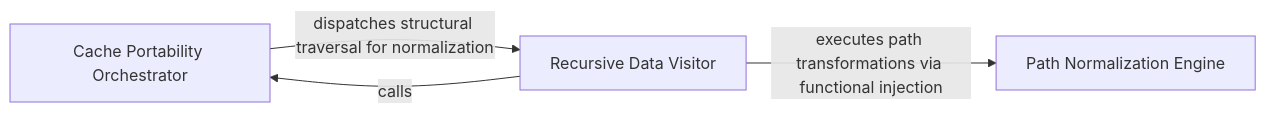
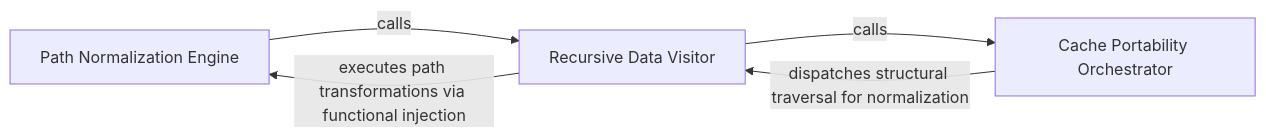
One commit to CodeBoarding/CodeBoarding changed the diagram in .codeboarding/Path_Normalization_Data_Visitor.md. Above: the diagram before and after it, drawn with Mermaid. The commit also changed other lines of this file and 57 other files, not shown here.

Commit message:
chore(codeboarding): sync architecture baseline

````diff
--- a/.codeboarding/Path_Normalization_Data_Visitor.md
+++ b/.codeboarding/Path_Normalization_Data_Visitor.md
@@ -1,9 +1,10 @@
 ```mermaid
 graph LR
     Path_Normalization_Engine["Path Normalization Engine"]
     Cache_Portability_Orchestrator["Cache Portability Orchestrator"]
     Recursive_Data_Visitor["Recursive Data Visitor"]
+    Path_Normalization_Engine -- "calls" --> Recursive_Data_Visitor
     Cache_Portability_Orchestrator -- "dispatches structural traversal for normalization" --> Recursive_Data_Visitor
     Recursive_Data_Visitor -- "executes path transformations via functional injection" --> Path_Normalization_Engine
     Recursive_Data_Visitor -- "calls" --> Cache_Portability_Orchestrator
 ```
````
